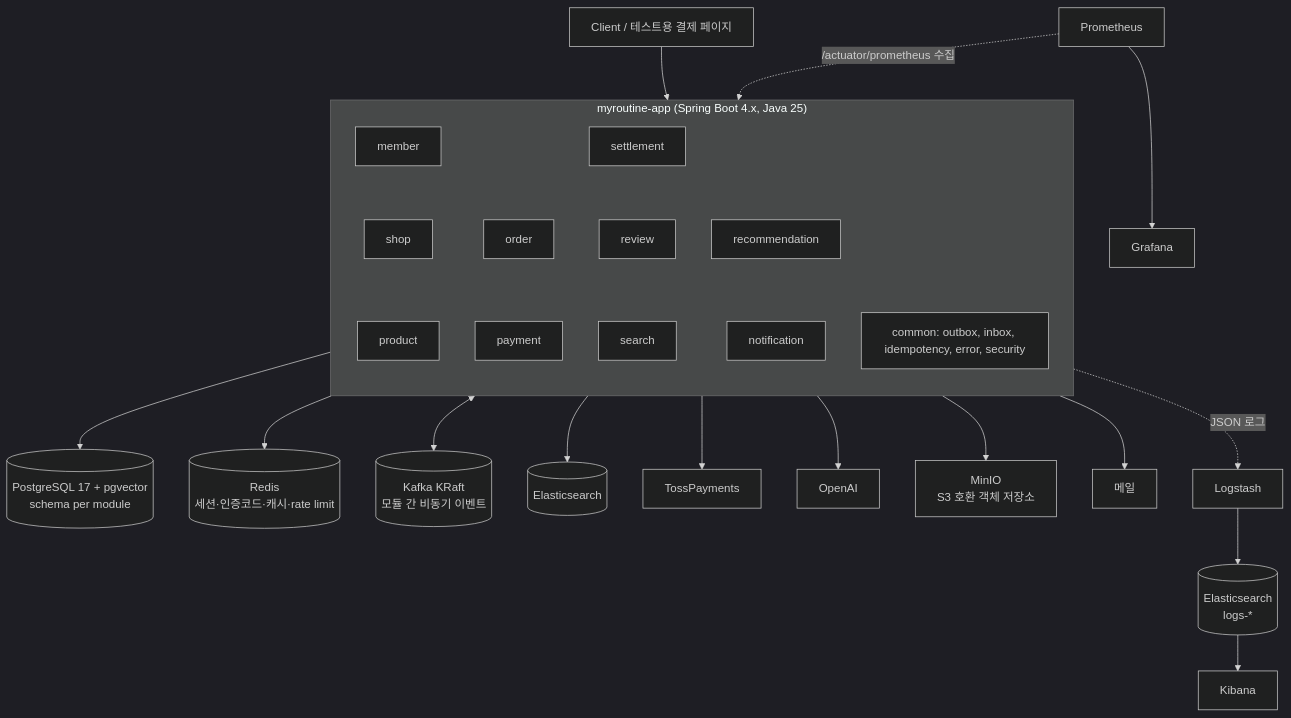
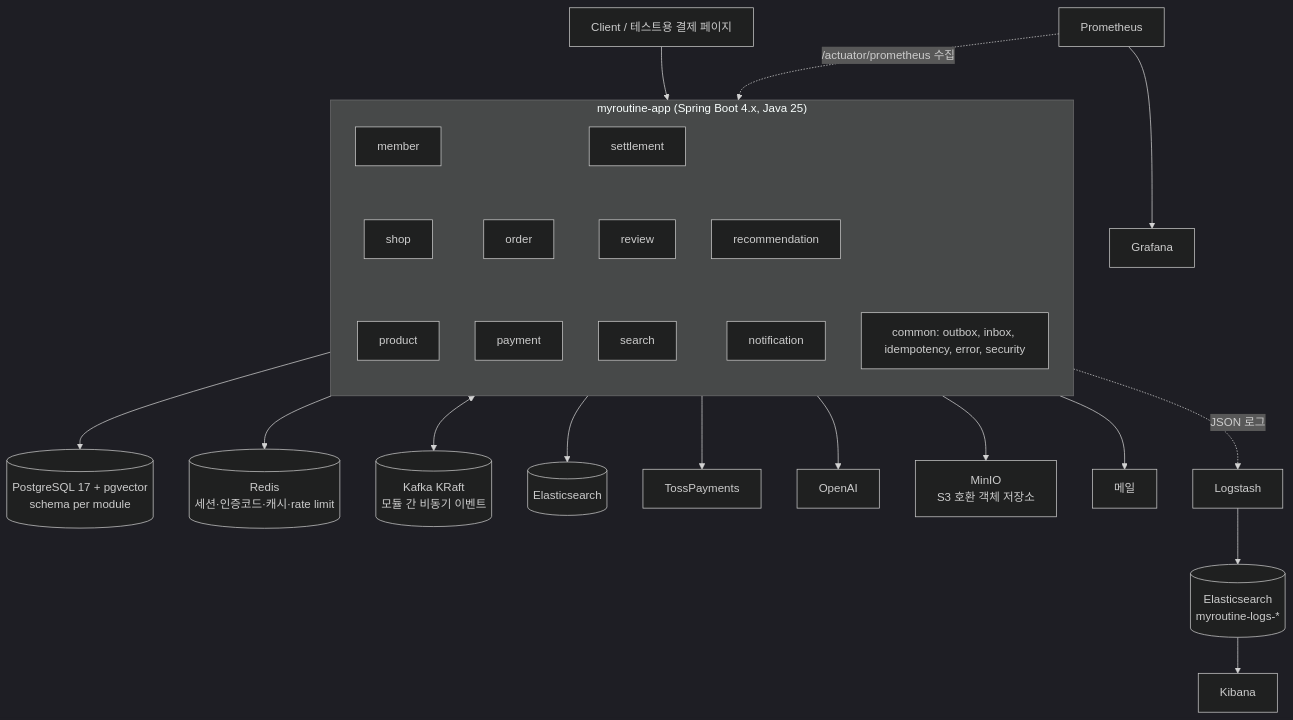
The first of 2 diagrams in docs/02-design/02-architecture-stage1.md (95twan/myroutine-v2), drawn with Mermaid (dark theme) before and after one commit. The commit also changed other lines of this file and 6 other files, not shown here.

First line of the commit message:
docs(roadmap): Part 5 완료 반영과 Part 6 문서 다듬기

````diff
--- a/docs/02-design/02-architecture-stage1.md
+++ b/docs/02-design/02-architecture-stage1.md
@@ -10,23 +10,23 @@
 ```mermaid
 flowchart TB
   Client[Client / 테스트용 결제 페이지] --> App
   subgraph App["myroutine-app (Spring Boot 4.x, Java 25)"]
     direction TB
     MEM[member] ~~~ SHOP[shop] ~~~ PRD[product]
     ORD[order] ~~~ PAY[payment]
     STL[settlement] ~~~ REV[review] ~~~ SRC[search]
     REC[recommendation] ~~~ NTF[notification]
     COM[common: outbox, inbox, idempotency, error, security]
   end
   App --> PG[(PostgreSQL 17 + pgvector<br/>schema per module)]
   App --> RD[(Redis<br/>세션·인증코드·캐시·rate limit)]
   App <--> KF[(Kafka KRaft<br/>모듈 간 비동기 이벤트)]
   App --> ES[(Elasticsearch)]
   App --> TOSS[TossPayments]
   App --> OAI[OpenAI]
   App --> S3[MinIO<br/>S3 호환 객체 저장소]
   App --> SMTP[메일]
-  App -. JSON 로그 .-> LS[Logstash] --> ESL[(Elasticsearch<br/>logs-*)] --> KIB[Kibana]
+  App -. JSON 로그 .-> LS[Logstash] --> ESL[(Elasticsearch<br/>myroutine-logs-*)] --> KIB[Kibana]
   PROM[Prometheus] -. /actuator/prometheus 수집 .-> App
   PROM --> GRAF[Grafana]
 ```
````
